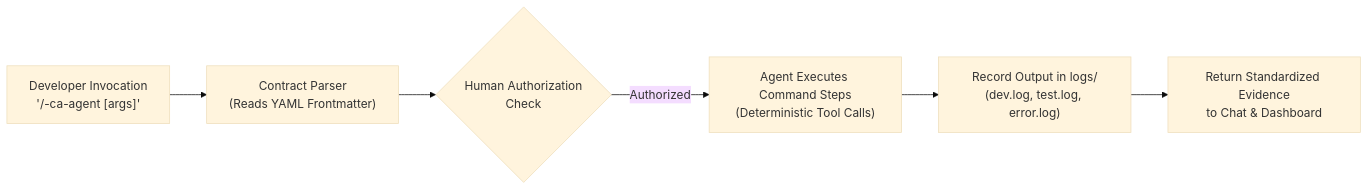
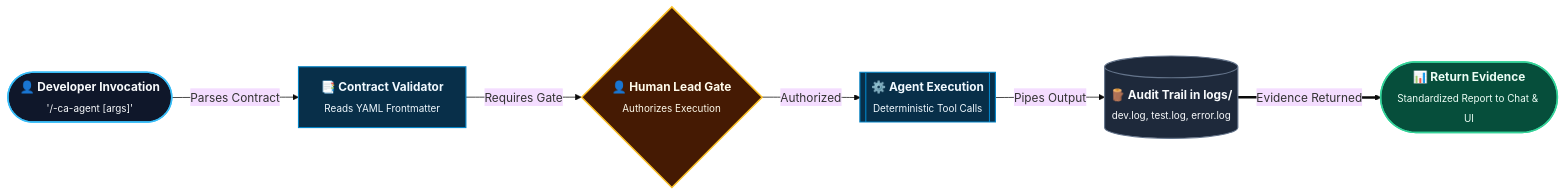
The second of 2 diagrams in SDD-TDD-Chandan-Adhikary/Spec-Driven-Development/.agents/commands/README.md (rmsofficialsyt/Agentic-AI-Vibe-Coding-AND-SDD-TDD-Codebase-Chandan-Adhikary), drawn with Mermaid (base theme) before and after one commit. The commit also changed other lines of this file and 23 other files, not shown here.

Commit message:
docs: redesign diagrams to Eraser.io visual style and regenerate MANIFEST.json

````diff
--- a/SDD-TDD-Chandan-Adhikary/Spec-Driven-Development/.agents/commands/README.md
+++ b/SDD-TDD-Chandan-Adhikary/Spec-Driven-Development/.agents/commands/README.md
@@ -70,8 +70,14 @@
 ```mermaid
 flowchart LR
-    DevPrompt["Developer Invocation<br/>'/<name>-ca-agent [args]'"] --> Validator["Contract Parser<br/>(Reads YAML Frontmatter)"]
-    Validator --> HumanGate{"Human Authorization<br/>Check"}
-    HumanGate -->|"Authorized"| Execution["Agent Executes Command Steps<br/>(Deterministic Tool Calls)"]
-    Execution --> DevLog["Record Output in logs/<br/>(dev.log, test.log, error.log)"]
-    DevLog --> ReportResult["Return Standardized Evidence<br/>to Chat & Dashboard"]
+    classDef dev fill:#0f172a,stroke:#38bdf8,stroke-width:2px,color:#f8fafc;
+    classDef gate fill:#451a03,stroke:#fbbf24,stroke-width:2px,color:#fffbeb;
+    classDef exec fill:#082f49,stroke:#0284c7,stroke-width:1.5px,color:#f0f9ff;
+    classDef log fill:#1e293b,stroke:#64748b,stroke-width:1.5px,color:#f8fafc;
+    classDef report fill:#064e3b,stroke:#34d399,stroke-width:2px,color:#ecfdf5;
+
+    DevPrompt(["<b>👤 Developer Invocation</b><br/><sub>'/<name>-ca-agent [args]'</sub>"]):::dev -->|"Parses Contract"| Validator["<b>📑 Contract Validator</b><br/><sub>Reads YAML Frontmatter</sub>"]:::exec
+    Validator -->|"Requires Gate"| HumanGate{"<b>👤 Human Lead Gate</b><br/><sub>Authorizes Execution</sub>"}:::gate
+    HumanGate -->|"Authorized"| Execution[["<b>⚙️ Agent Execution</b><br/><sub>Deterministic Tool Calls</sub>"]]:::exec
+    Execution -->|"Pipes Output"| DevLog[("<b>🪵 Audit Trail in logs/</b><br/><sub>dev.log, test.log, error.log</sub>")]:::log
+    DevLog ==>|"Evidence Returned"| ReportResult(["<b>📊 Return Evidence</b><br/><sub>Standardized Report to Chat & UI</sub>"]):::report
 ```
````
